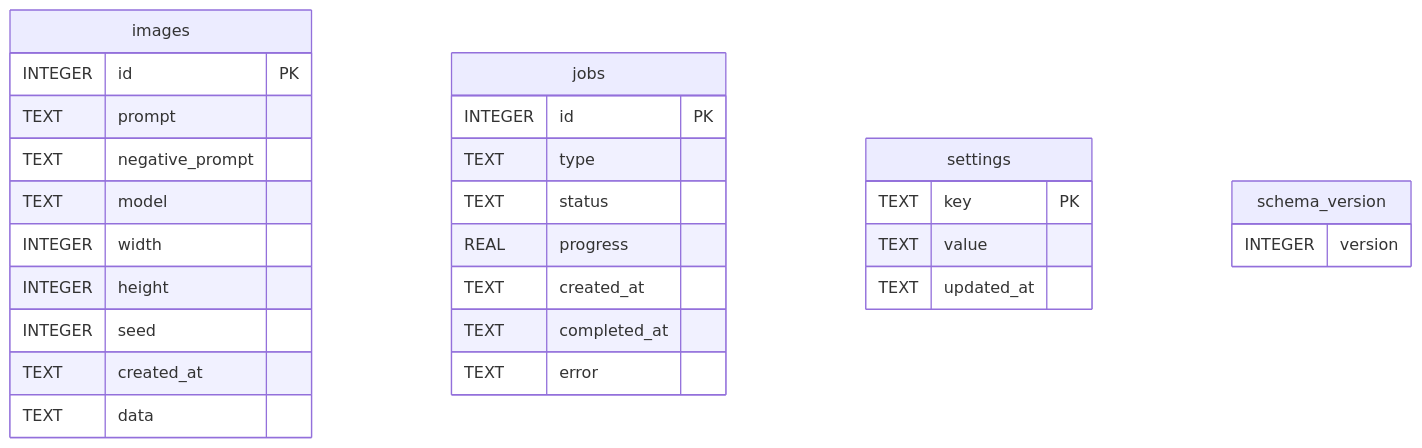
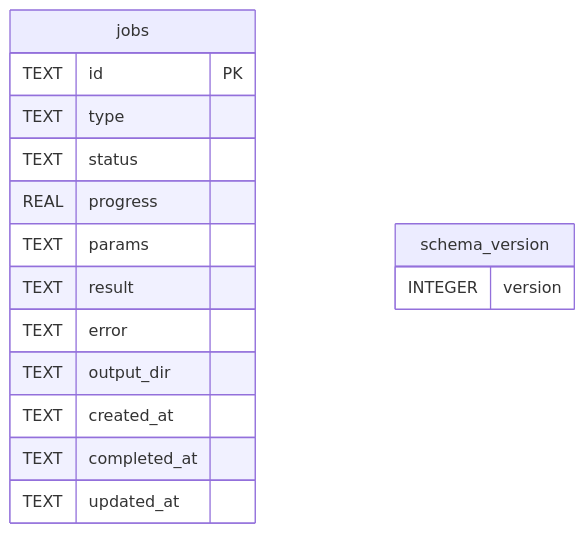
Before and after one commit to Git-Rocky-Stack/vision-studio: the diagram in docs/DATABASE_SCHEMA.md, drawn with Mermaid. The commit also changed other lines of this file and 629 other files, not shown here.

````diff
--- a/docs/DATABASE_SCHEMA.md
+++ b/docs/DATABASE_SCHEMA.md
@@ -27,31 +26,19 @@
 ```mermaid
 erDiagram
-    images {
-        INTEGER id PK
-        TEXT prompt
-        TEXT negative_prompt
-        TEXT model
-        INTEGER width
-        INTEGER height
-        INTEGER seed
-        TEXT created_at
-        TEXT data
-    }
     jobs {
-        INTEGER id PK
+        TEXT id PK
         TEXT type
         TEXT status
         REAL progress
+        TEXT params
+        TEXT result
+        TEXT error
+        TEXT output_dir
         TEXT created_at
         TEXT completed_at
-        TEXT error
-    }
-    settings {
-        TEXT key PK
-        TEXT value
         TEXT updated_at
     }
     schema_version {
         INTEGER version
     }
 ```
````
